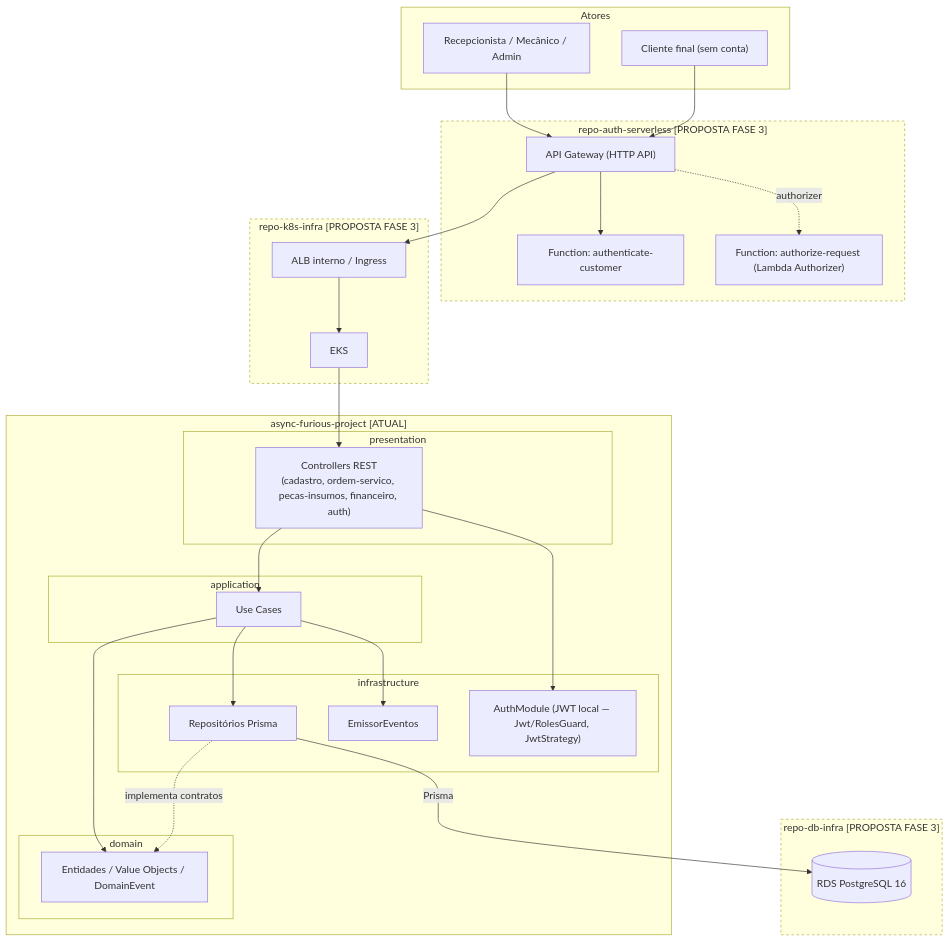
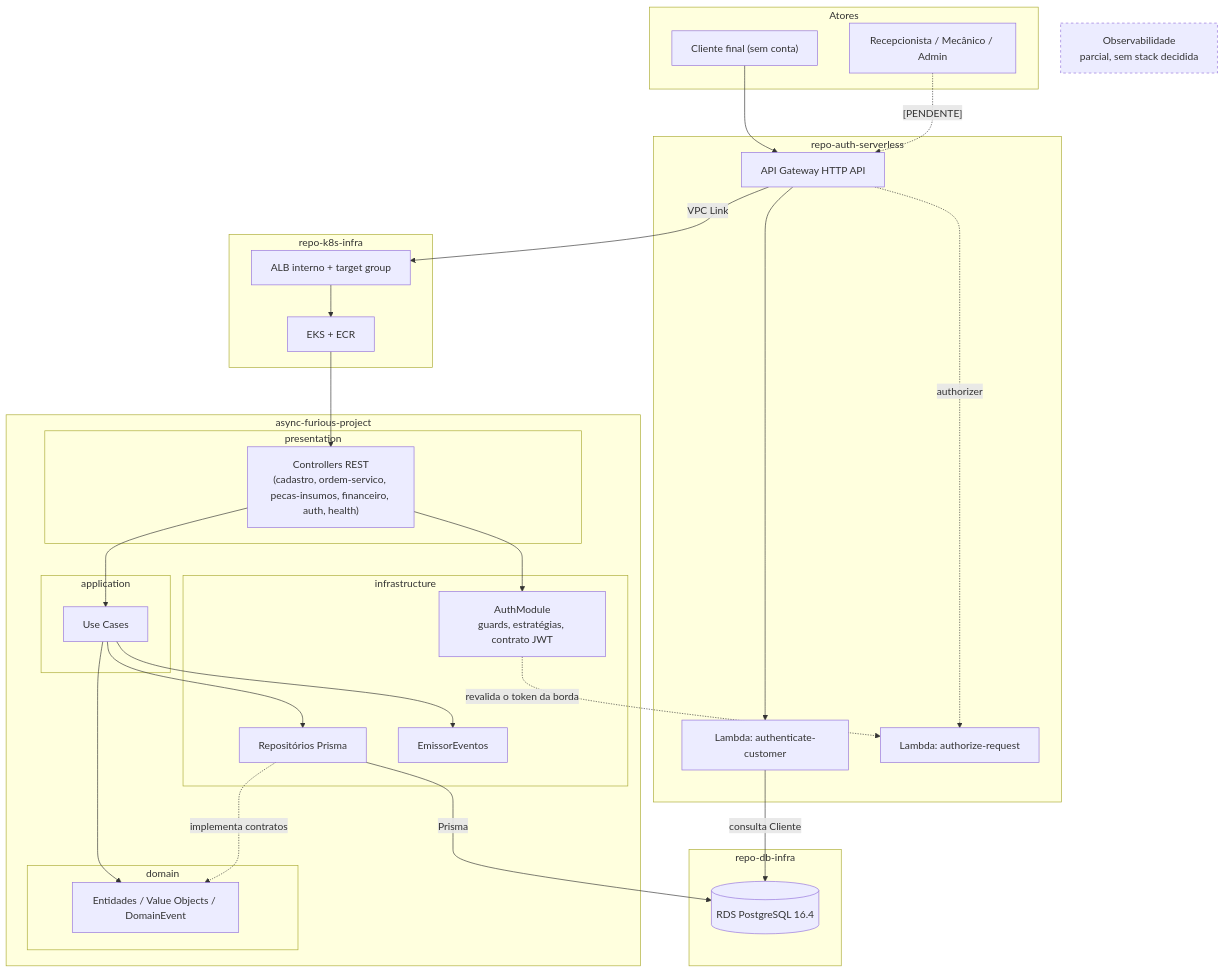
Before and after one commit to Async-And-Furious/async-furious-project: the diagram in docs/architecture/component-diagram.md, drawn with Mermaid. The commit also changed other lines of this file, not shown here.

First line of the commit message:
docs: atualizar o diagrama de componentes e responder a pendencia do AuthModule

````diff
--- a/docs/architecture/component-diagram.md
+++ b/docs/architecture/component-diagram.md
@@ -10,56 +6,58 @@
 ```mermaid
 flowchart TB
     subgraph Atores
         userAdmin["Recepcionista / Mecânico / Admin"]
         userCustomer["Cliente final (sem conta)"]
     end
 
-    subgraph RepoAuth["repo-auth-serverless [PROPOSTA FASE 3]"]
-        gateway["API Gateway (HTTP API)"]
-        lambdaAuth["Function: authenticate-customer"]
-        lambdaAuthz["Function: authorize-request (Lambda Authorizer)"]
+    subgraph RepoAuth["repo-auth-serverless"]
+        gateway["API Gateway HTTP API"]
+        lambdaAuth["Lambda: authenticate-customer"]
+        lambdaAuthz["Lambda: authorize-request"]
     end
 
-    subgraph RepoApp["async-furious-project [ATUAL]"]
+    subgraph RepoApp["async-furious-project"]
         subgraph Presentation["presentation"]
-            controllers["Controllers REST<br/>(cadastro, ordem-servico, pecas-insumos, financeiro, auth)"]
+            controllers["Controllers REST<br/>(cadastro, ordem-servico, pecas-insumos, financeiro, auth, health)"]
         end
         subgraph Application["application"]
             usecases["Use Cases"]
         end
         subgraph Domain["domain"]
             entities["Entidades / Value Objects / DomainEvent"]
         end
         subgraph Infrastructure["infrastructure"]
             repos["Repositórios Prisma"]
             eventEmitter["EmissorEventos"]
-            authLocal["AuthModule (JWT local — Jwt/RolesGuard, JwtStrategy)"]
+            authLocal["AuthModule<br/>guards, estratégias, contrato JWT"]
         end
         controllers --> usecases --> entities
         repos -.implementa contratos.-> entities
         usecases --> repos
         usecases --> eventEmitter
         controllers --> authLocal
     end
 
-    subgraph RepoDb["repo-db-infra [PROPOSTA FASE 3]"]
-        rds[("RDS PostgreSQL 16")]
+    subgraph RepoDb["repo-db-infra"]
+        rds[("RDS PostgreSQL 16.4")]
     end
 
-    subgraph RepoK8s["repo-k8s-infra [PROPOSTA FASE 3]"]
-        alb["ALB interno / Ingress"]
-        eks["EKS"]
+    subgraph RepoK8s["repo-k8s-infra"]
+        alb["ALB interno + target group"]
+        eks["EKS + ECR"]
     end
 
-    userAdmin --> gateway
+    obs["Observabilidade<br/>parcial, sem stack decidida"]
+
     userCustomer --> gateway
+    userAdmin -.->|"[PENDENTE]"| gateway
     gateway --> lambdaAuth
     gateway -. authorizer .-> lambdaAuthz
-    gateway --> alb --> eks
+    gateway -->|VPC Link| alb --> eks
     eks --> controllers
     repos -->|Prisma| rds
+    lambdaAuth -->|consulta Cliente| rds
+    authLocal -.revalida o token da borda.-> lambdaAuthz
 
-    style RepoAuth stroke-dasharray: 4 4
-    style RepoDb stroke-dasharray: 4 4
-    style RepoK8s stroke-dasharray: 4 4
+    style obs stroke-dasharray: 4 4
 ```
````
